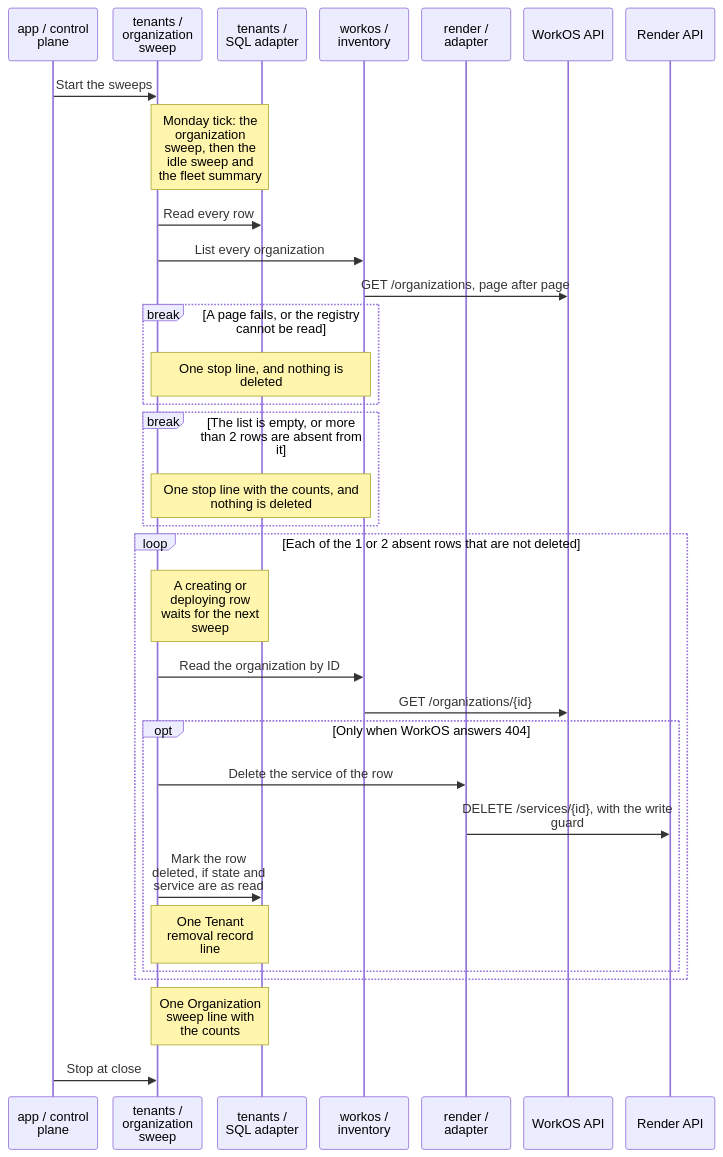
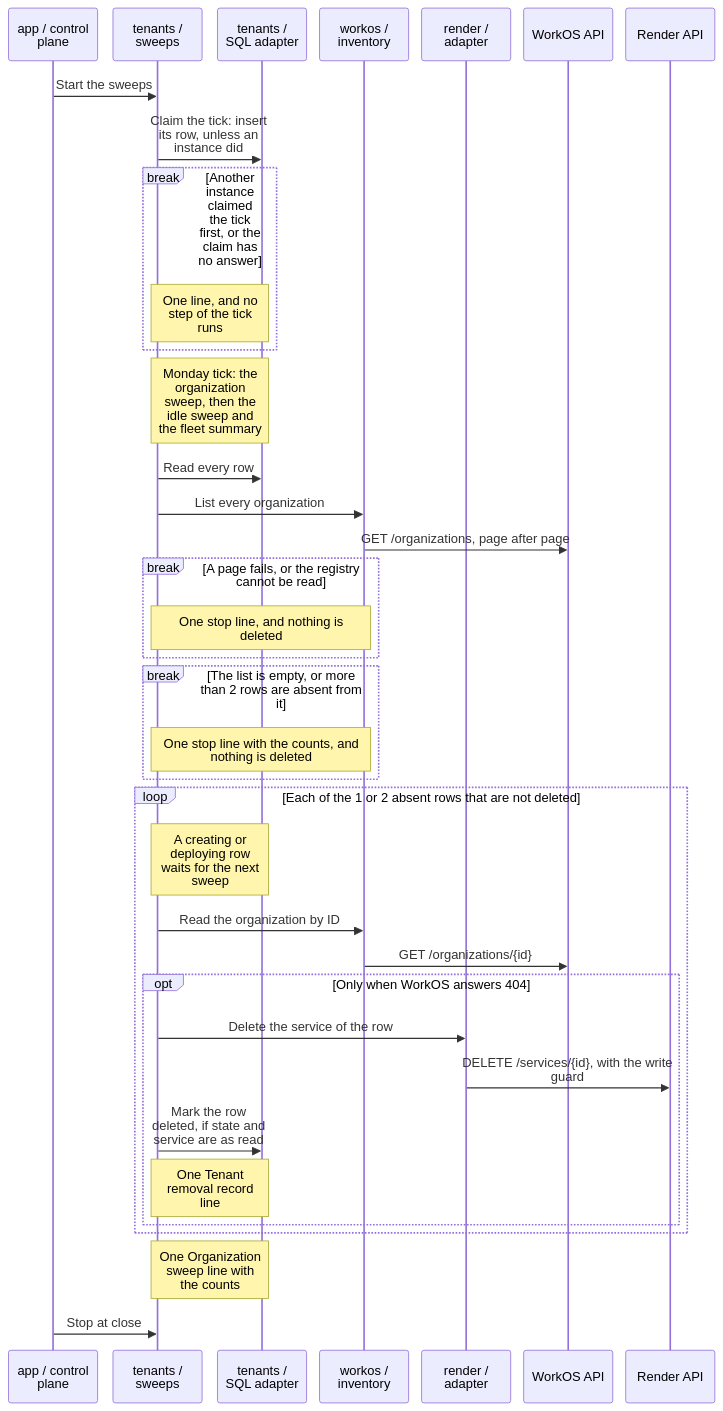
Diagram 20 of 24 in architecture/components.md (tomer-mayara/Thermus), drawn with Mermaid before and after one commit. The commit also changed other lines of this file and 6 other files, not shown here.

First line of the commit message:
Describe the claim of each sweep tick in the registry and the runbooks

````diff
--- a/architecture/components.md
+++ b/architecture/components.md
@@ -1765,35 +1780,39 @@
 ```mermaid
 %%{init: {"sequence": {"wrap": true, "actorMargin": 16, "width": 110}}}%%
 sequenceDiagram
   participant App as app / control plane
-  participant Sweep as tenants / organization sweep
+  participant Sweep as tenants / sweeps
   participant Store as tenants / SQL adapter
   participant Inv as workos / inventory
   participant Render as render / adapter
   participant WorkOS as WorkOS API
   participant API as Render API
   App->>Sweep: Start the sweeps
+  Sweep->>Store: Claim the tick: insert its row, unless an instance did
+  break Another instance claimed the tick first, or the claim has no answer
+    Note over Sweep,Store: One line, and no step of the tick runs
+  end
   Note over Sweep,Store: Monday tick: the organization sweep, then the idle sweep and the fleet summary
   Sweep->>Store: Read every row
   Sweep->>Inv: List every organization
   Inv->>WorkOS: GET /organizations, page after page
   break A page fails, or the registry cannot be read
     Note over Sweep,Inv: One stop line, and nothing is deleted
   end
   break The list is empty, or more than 2 rows are absent from it
     Note over Sweep,Inv: One stop line with the counts, and nothing is deleted
   end
   loop Each of the 1 or 2 absent rows that are not deleted
     Note over Sweep,Store: A creating or deploying row waits for the next sweep
     Sweep->>Inv: Read the organization by ID
     Inv->>WorkOS: GET /organizations/{id}
     opt Only when WorkOS answers 404
       Sweep->>Render: Delete the service of the row
       Render->>API: DELETE /services/{id}, with the write guard
       Sweep->>Store: Mark the row deleted, if state and service are as read
       Note over Sweep,Store: One Tenant removal record line
     end
   end
   Note over Sweep,Store: One Organization sweep line with the counts
   App->>Sweep: Stop at close
 ```
````
